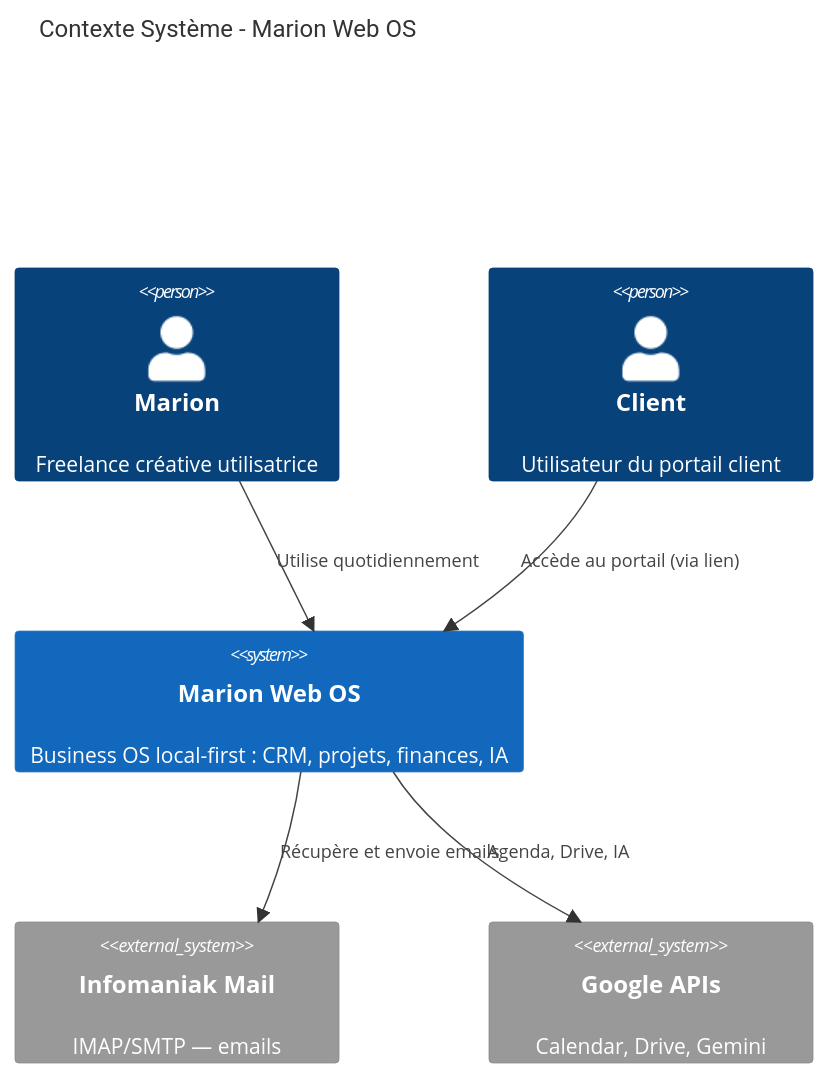
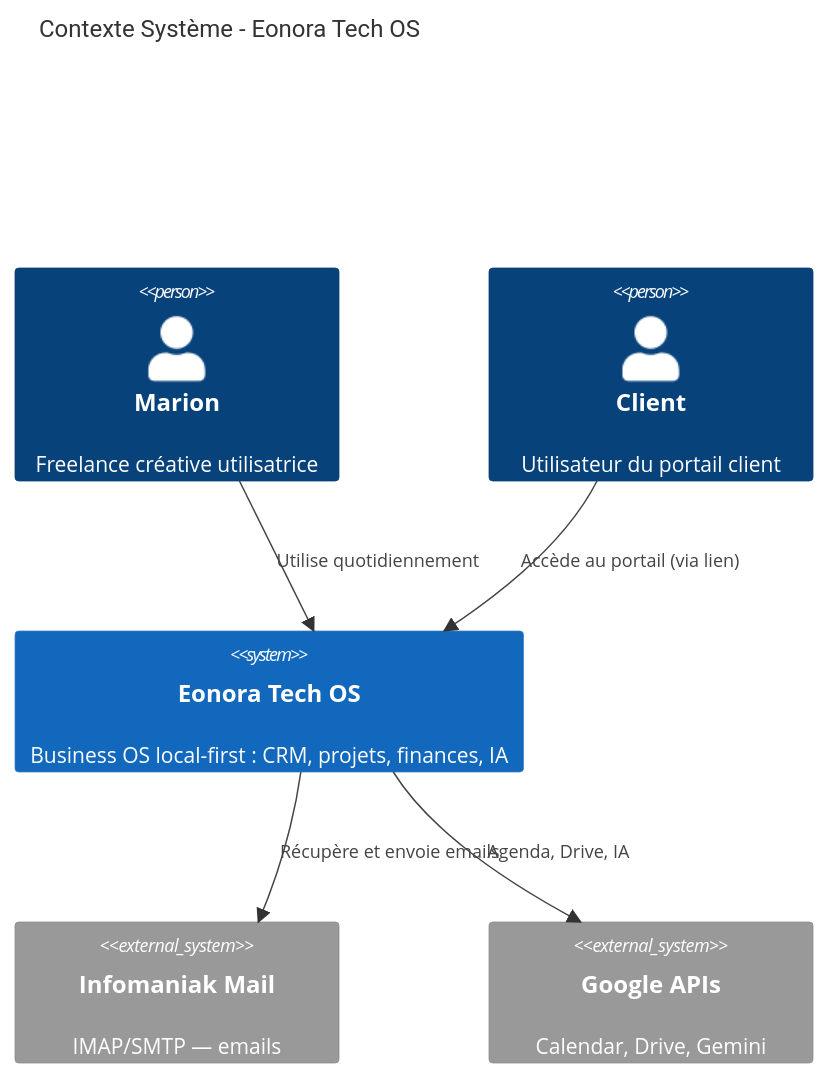
Before and after one commit to VilaJo/Marion-Web-OS-v2: the diagram in docs/architecture/system-context.md, drawn with Mermaid. The commit also changed 292 other files, not shown here.

First line of the commit message:
Rebrand to Eonora Tech OS and ship Marion bug fixes.

````diff
--- a/docs/architecture/system-context.md
+++ b/docs/architecture/system-context.md
@@ -5,17 +5,17 @@
 ```mermaid
 C4Context
-    title Contexte Système - Marion Web OS
+    title Contexte Système - Eonora Tech OS
     
     Person(marion, "Marion", "Freelance créative utilisatrice")
     Person(client, "Client", "Utilisateur du portail client")
     
-    System(mwos, "Marion Web OS", "Business OS local-first : CRM, projets, finances, IA")
+    System(mwos, "Eonora Tech OS", "Business OS local-first : CRM, projets, finances, IA")
     
     System_Ext(infomaniak, "Infomaniak Mail", "IMAP/SMTP — emails")
     System_Ext(google, "Google APIs", "Calendar, Drive, Gemini")
     
     Rel(marion, mwos, "Utilise quotidiennement")
     Rel(client, mwos, "Accède au portail (via lien)")
     Rel(mwos, infomaniak, "Récupère et envoie emails")
     Rel(mwos, google, "Agenda, Drive, IA")
 ```
````
